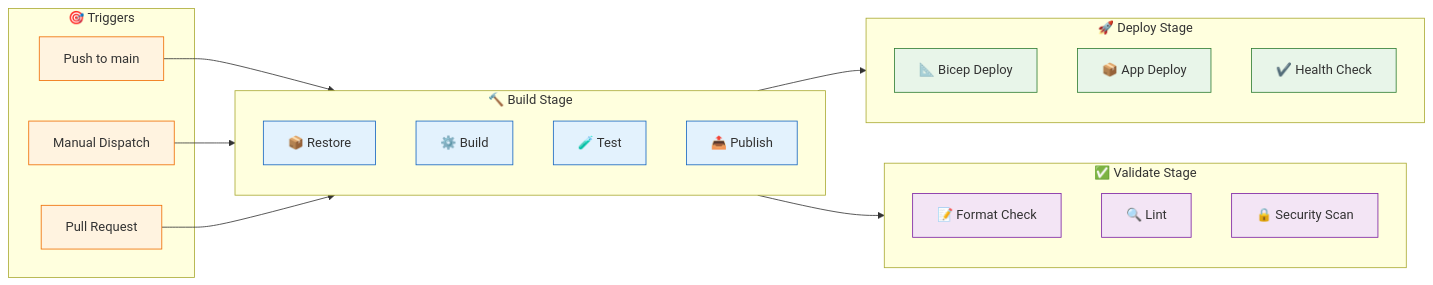
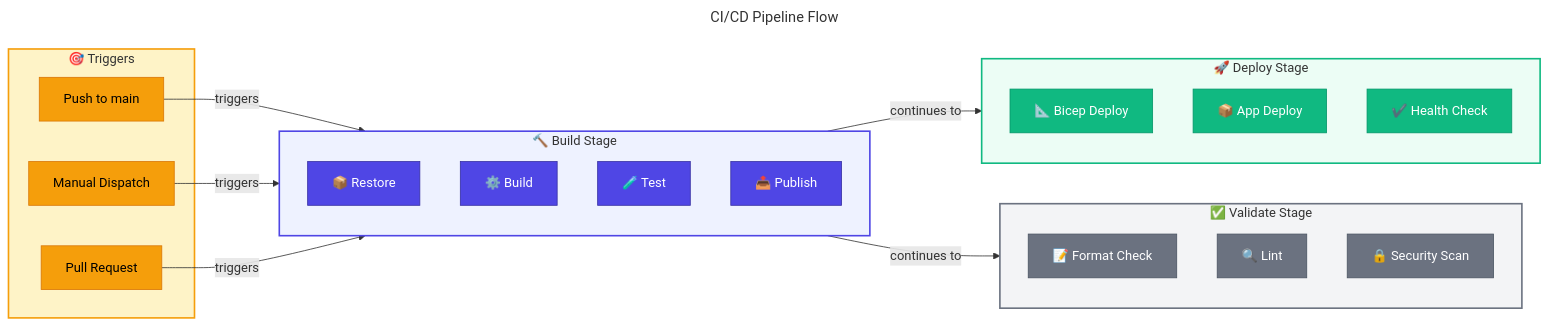
Before and after one commit to Evilazaro/Azure-LogicApps-Monitoring: the second of 5 diagrams in docs/architecture/07-deployment-architecture.md, drawn with Mermaid. The commit also changed other lines of this file, not shown here.

Commit message:
feat: Revise deployment architecture diagrams with enhanced environment configurations, connections, and visual styles

````diff
--- a/docs/architecture/07-deployment-architecture.md
+++ b/docs/architecture/07-deployment-architecture.md
@@ -62,40 +74,59 @@
 ```mermaid
+---
+title: CI/CD Pipeline Flow
+---
 flowchart LR
+    %% ===== TRIGGERS =====
     subgraph Trigger["🎯 Triggers"]
         Push["Push to main"]
         PR["Pull Request"]
         Manual["Manual Dispatch"]
     end
 
+    %% ===== BUILD STAGE =====
     subgraph Build["🔨 Build Stage"]
         Restore["📦 Restore"]
         Compile["⚙️ Build"]
         Test["🧪 Test"]
         Publish["📤 Publish"]
     end
 
+    %% ===== VALIDATE STAGE =====
     subgraph Validate["✅ Validate Stage"]
         Format["📝 Format Check"]
         Lint["🔍 Lint"]
         Security["🔒 Security Scan"]
     end
 
+    %% ===== DEPLOY STAGE =====
     subgraph Deploy["🚀 Deploy Stage"]
         Infra["📐 Bicep Deploy"]
         App["📦 App Deploy"]
         Verify["✔️ Health Check"]
     end
 
-    Push & Manual --> Build --> Deploy
-    PR --> Build --> Validate
+    %% ===== CONNECTIONS =====
+    Push -->|"triggers"| Build
+    Manual -->|"triggers"| Build
+    Build -->|"continues to"| Deploy
+    PR -->|"triggers"| Build
+    Build -->|"continues to"| Validate
 
-    classDef trigger fill:#fff3e0,stroke:#ef6c00
-    classDef build fill:#e3f2fd,stroke:#1565c0
-    classDef validate fill:#f3e5f5,stroke:#7b1fa2
-    classDef deploy fill:#e8f5e9,stroke:#2e7d32
+    %% ===== STYLES - NODE CLASSES =====
+    classDef trigger fill:#F59E0B,stroke:#D97706,color:#000000
+    classDef primary fill:#4F46E5,stroke:#3730A3,color:#FFFFFF
+    classDef secondary fill:#10B981,stroke:#059669,color:#FFFFFF
+    classDef external fill:#6B7280,stroke:#4B5563,color:#FFFFFF
 
+    %% ===== CLASS ASSIGNMENTS =====
     class Push,PR,Manual trigger
-    class Restore,Compile,Test,Publish build
-    class Format,Lint,Security validate
-    class Infra,App,Verify deploy
+    class Restore,Compile,Test,Publish primary
+    class Format,Lint,Security external
+    class Infra,App,Verify secondary
+
+    %% ===== SUBGRAPH STYLES =====
+    style Trigger fill:#FEF3C7,stroke:#F59E0B,stroke-width:2px
+    style Build fill:#EEF2FF,stroke:#4F46E5,stroke-width:2px
+    style Validate fill:#F3F4F6,stroke:#6B7280,stroke-width:2px
+    style Deploy fill:#ECFDF5,stroke:#10B981,stroke-width:2px
 ```
````
